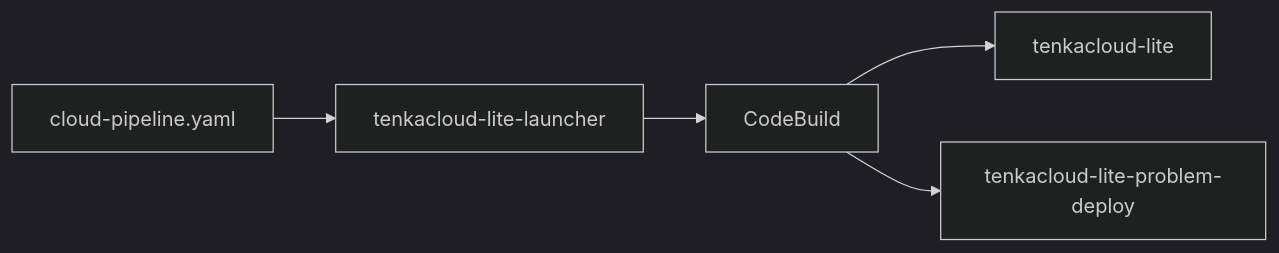
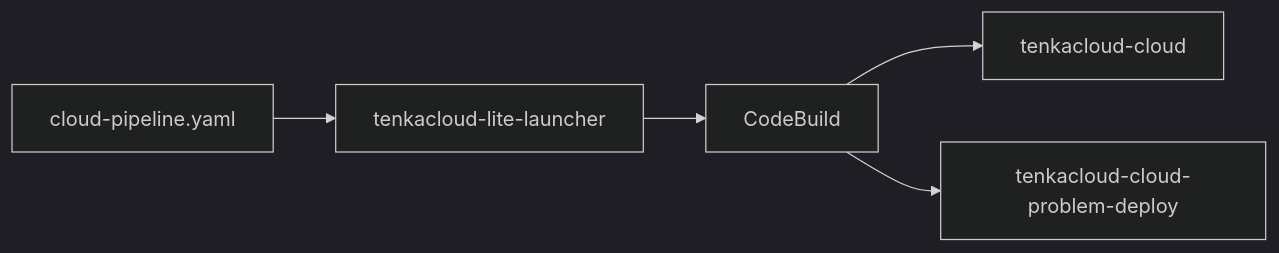
The diagram in books/cloud-competition/chapter13.md (susumutomita/zenn-article), drawn with Mermaid (dark theme) before and after one commit. The commit also changed other lines of this file and 24 other files, not shown here.

````diff
--- a/books/cloud-competition/chapter13.md
+++ b/books/cloud-competition/chapter13.md
@@ -64,13 +68,13 @@
 ```mermaid
 flowchart LR
     Template["cloud-pipeline.yaml"]
     Launcher["tenkacloud-lite-launcher"]
     Build["CodeBuild"]
-    Lite["tenkacloud-lite"]
-    Problem["tenkacloud-lite-problem-deploy"]
+    Platform["tenkacloud-cloud"]
+    Problem["tenkacloud-cloud-problem-deploy"]
 
     Template --> Launcher
     Launcher --> Build
-    Build --> Lite
+    Build --> Platform
     Build --> Problem
 ```
````
